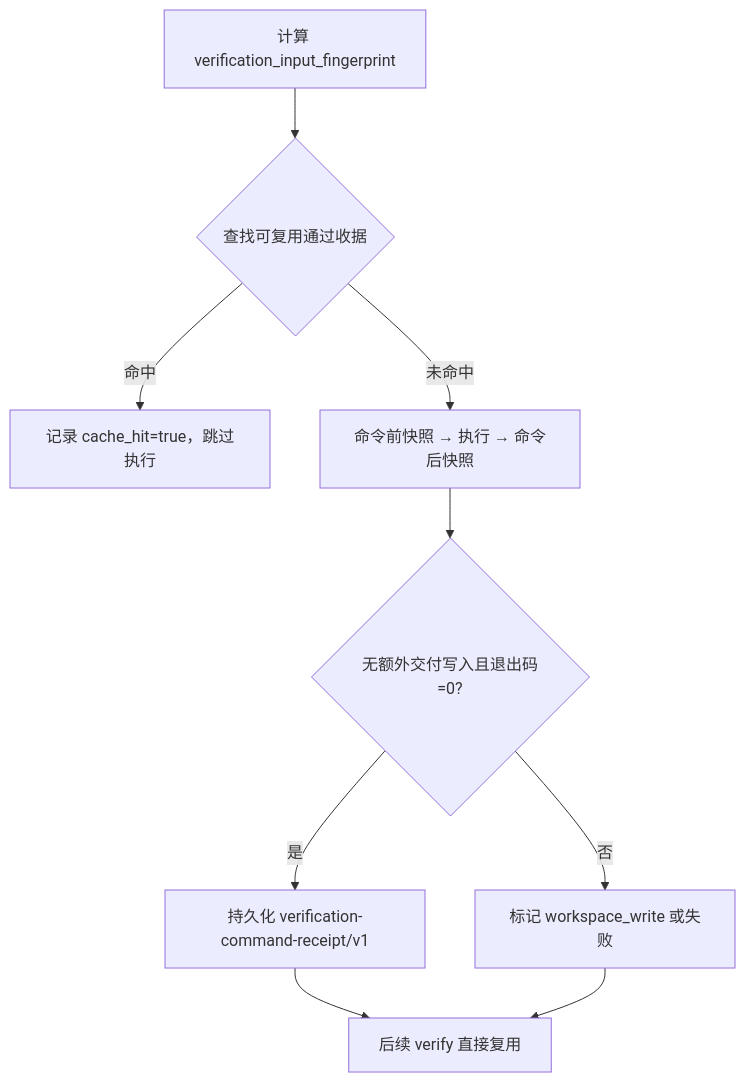
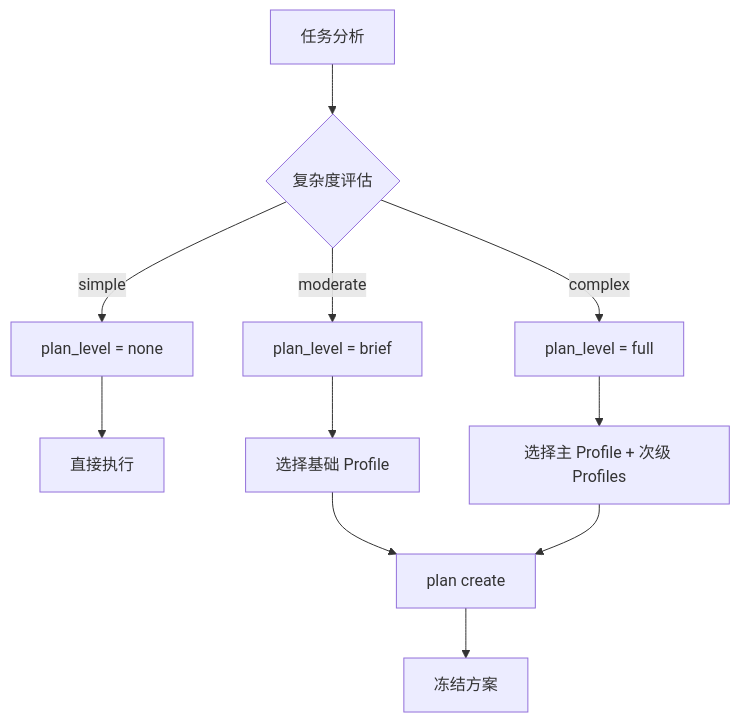
One commit to HackSing/docs-harness changed the sixth of 9 diagrams in .qoder/repowiki/zh/content/证据系统/证据系统.md. Above: the diagram before and after it, drawn with Mermaid. The commit also changed other lines of this file and 42 other files, not shown here.

````diff
--- a/.qoder/repowiki/zh/content/证据系统/证据系统.md
+++ b/.qoder/repowiki/zh/content/证据系统/证据系统.md
@@ -261,11 +219,13 @@
 ```mermaid
 flowchart TD
-A["计算 verification_input_fingerprint"] --> B{"查找可复用通过收据"}
-B --> |命中| C["记录 cache_hit=true，跳过执行"]
-B --> |未命中| D["命令前快照 → 执行 → 命令后快照"]
-D --> E{"无额外交付写入且退出码=0?"}
-E --> |是| F["持久化 verification-command-receipt/v1"]
-E --> |否| G["标记 workspace_write 或失败"]
-F --> H["后续 verify 直接复用"]
-G --> H
+A["任务分析"] --> B{"复杂度评估"}
+B --> |simple| C["plan_level = none"]
+B --> |moderate| D["plan_level = brief"]
+B --> |complex| E["plan_level = full"]
+C --> F["直接执行"]
+D --> G["选择基础 Profile"]
+E --> H["选择主 Profile + 次级 Profiles"]
+G --> I["plan create"]
+H --> I
+I --> J["冻结方案"]
 ```
````
